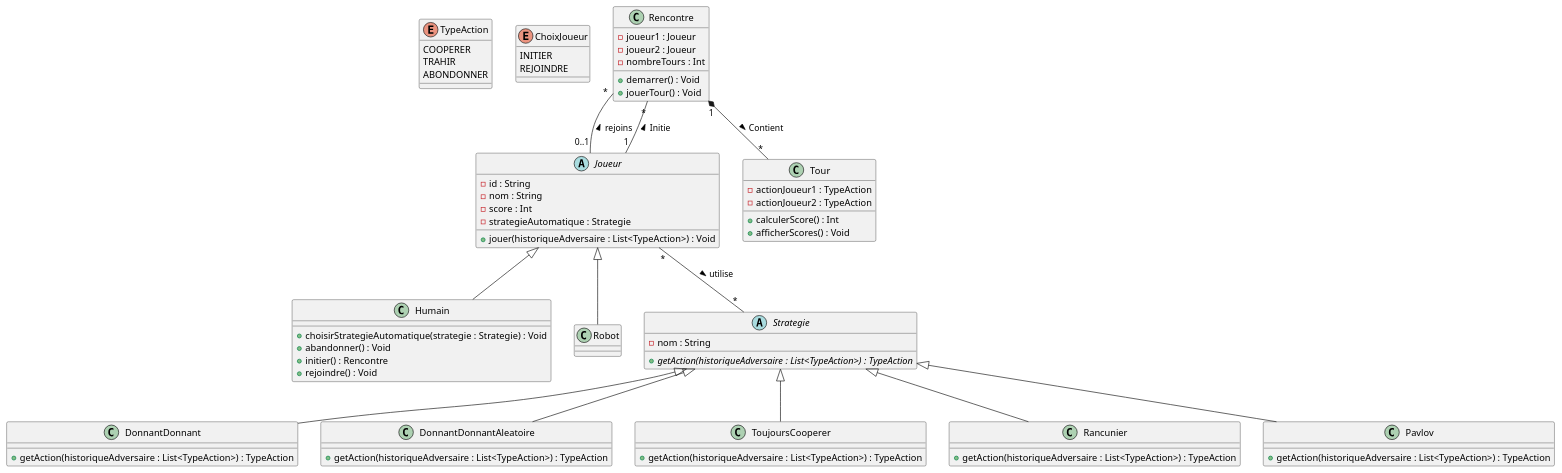
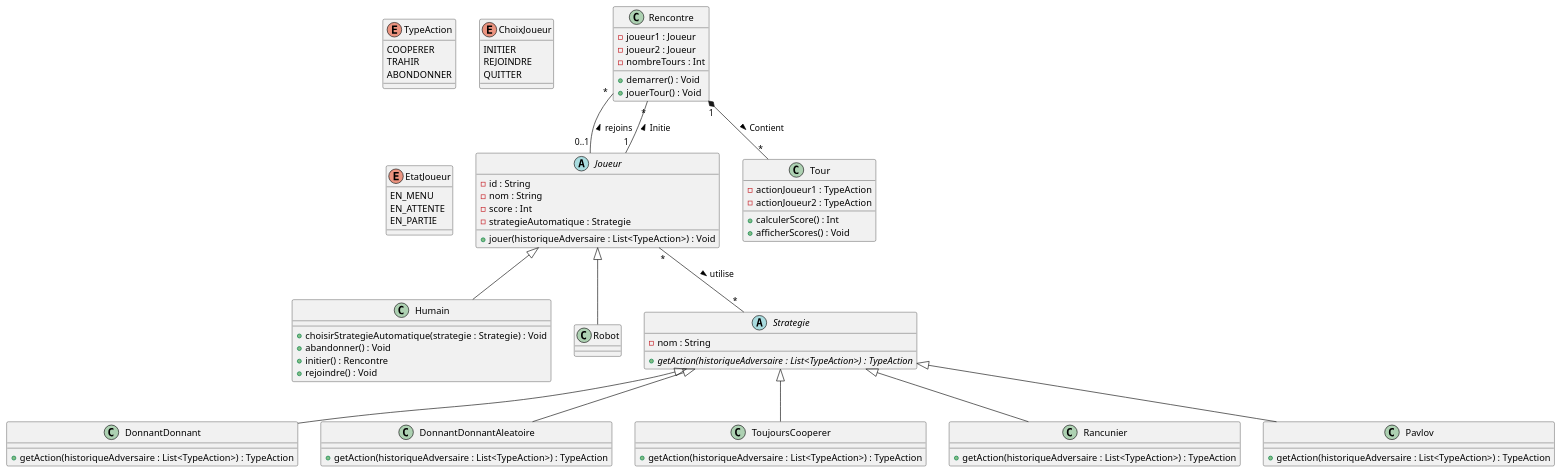
Before and after one commit to nicomr70/prisonners-dilemma: the diagram in Diagramme/uml_1.puml, drawn with PlantUML. The commit also changed 7 other files, not shown here.

```diff
--- a/Diagramme/uml_1.puml
+++ b/Diagramme/uml_1.puml
@@ -1,88 +1,95 @@
 @startuml
 
 enum TypeAction {
     COOPERER
     TRAHIR
     ABONDONNER
 }
 
 enum ChoixJoueur {
     INITIER
     REJOINDRE
+    QUITTER
+}
+
+enum EtatJoueur {
+    EN_MENU
+    EN_ATTENTE
+    EN_PARTIE
 
 }
 
 
 abstract Joueur {
     - id : String
     - nom : String
     - score : Int
     - strategieAutomatique : Strategie
     + jouer(historiqueAdversaire : List<TypeAction>) : Void
 }
 
 
 class Humain extends Joueur{
     + choisirStrategieAutomatique(strategie : Strategie) : Void
     + abandonner() : Void
     + initier() : Rencontre
     + rejoindre() : Void
 }
 
 class Robot extends Joueur {
     }
 
 
 class Rencontre {
     - joueur1 : Joueur
     - joueur2 : Joueur
     - nombreTours : Int
     + demarrer() : Void
     + jouerTour() : Void
 
 }
 
 class Tour {
     - actionJoueur1 : TypeAction
     - actionJoueur2 : TypeAction
     + calculerScore() : Int
     + afficherScores() : Void
 }
 
 abstract class Strategie {
     - nom : String
     {abstract} + getAction(historiqueAdversaire : List<TypeAction>) : TypeAction
    }
 
 class DonnantDonnant extends Strategie {
    + getAction(historiqueAdversaire : List<TypeAction>) : TypeAction
 
 }
 
 class DonnantDonnantAleatoire extends Strategie {
     + getAction(historiqueAdversaire : List<TypeAction>) : TypeAction
 
 }
 
 class ToujoursCooperer extends Strategie {
     + getAction(historiqueAdversaire : List<TypeAction>) : TypeAction
 
 }
 
 class Rancunier extends Strategie {
     + getAction(historiqueAdversaire : List<TypeAction>) : TypeAction
 
 }
 
 class Pavlov extends Strategie {
     + getAction(historiqueAdversaire : List<TypeAction>) : TypeAction
 
 }
 
 
 Joueur "*" -- "*" Strategie : utilise >
 Rencontre "*" -- "0..1" Joueur : rejoins <
 Rencontre "*" -- "1" Joueur : Initie <
 Rencontre "1" *-- "*" Tour : Contient >
 
 @enduml
```
